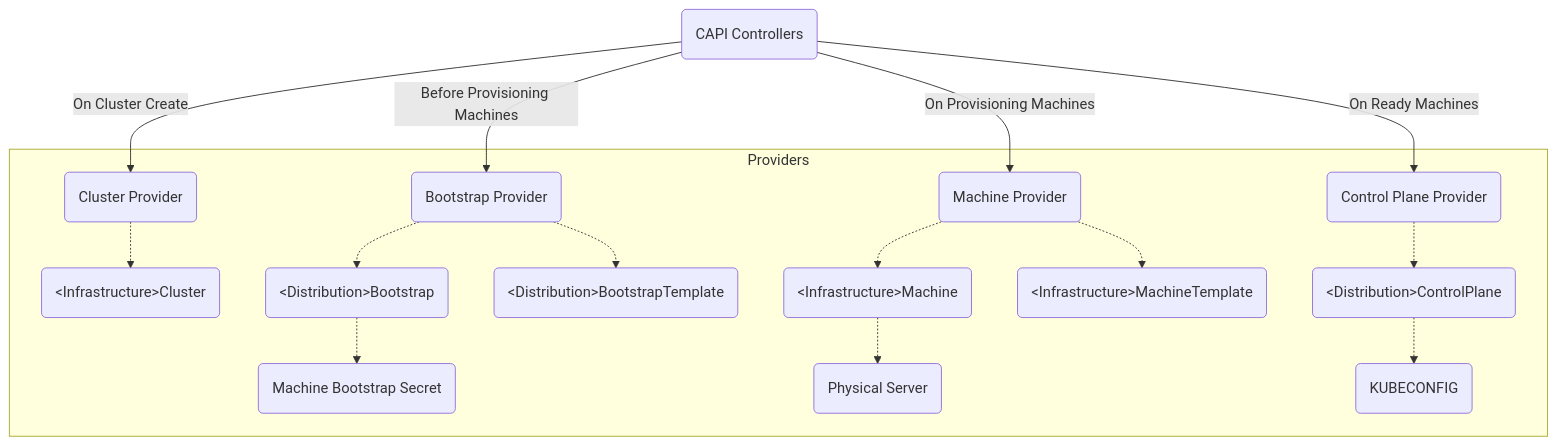
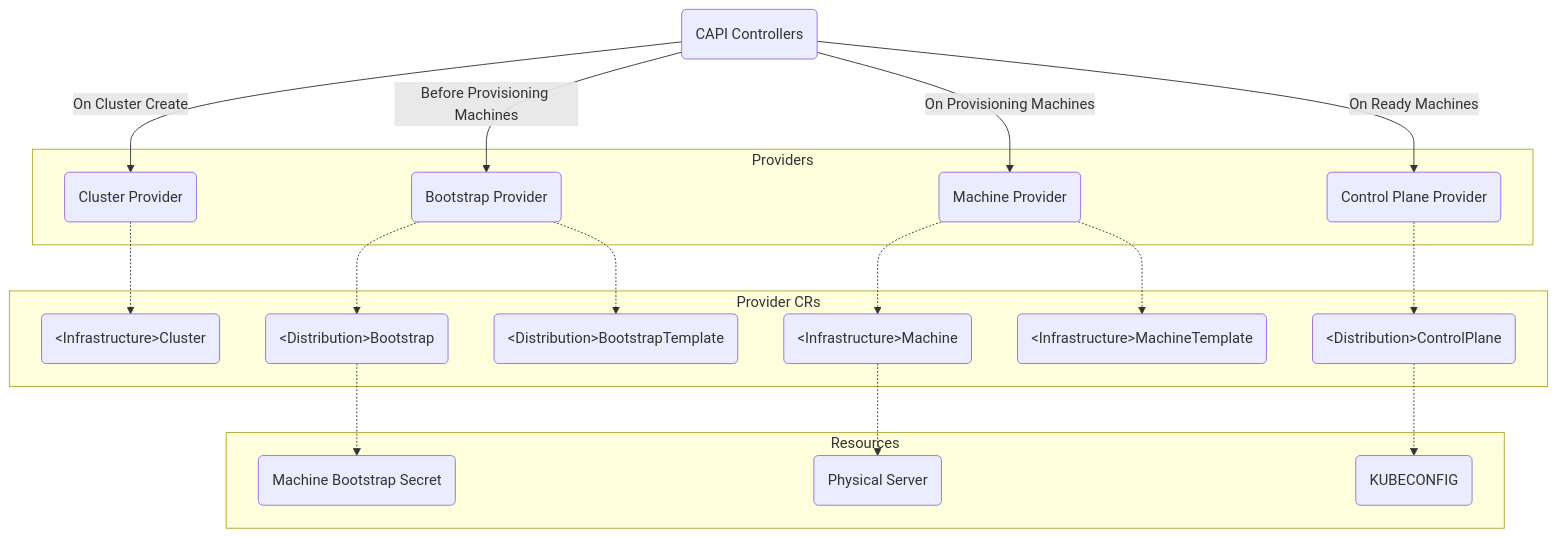
The second of 2 diagrams in docs/provisioning/00_capi.md (aiyengar2/k8s-docs), drawn with Mermaid before and after one commit.

````diff
--- a/docs/provisioning/00_capi.md
+++ b/docs/provisioning/00_capi.md
@@ -77,36 +77,40 @@
 ```mermaid
 graph TD
     CAPIControllers("CAPI Controllers")
     subgraph Providers
     ClusterProvider("Cluster Provider")
     BootstrapProvider("Bootstrap Provider")
     MachineProvider("Machine Provider")
     ControlPlaneProvider("Control Plane Provider")
+    end
 
+    subgraph Provider CRs
     InfrastructureCluster("&ltInfrastructure&gtCluster")
     DistributionBootstrap("&ltDistribution&gtBootstrap")
     DistributionBootstrapTemplate("&ltDistribution&gtBootstrapTemplate")
     InfrastructureMachine("&ltInfrastructure&gtMachine")
     InfrastructureMachineTemplate("&ltInfrastructure&gtMachineTemplate")
     DistributionControlPlane("&ltDistribution&gtControlPlane")
-
+    end
+    
+    subgraph Resources
     PhysicalServer("Physical Server")
     MachineBootstrapSecret("Machine Bootstrap Secret")
     KubeConfig("KUBECONFIG")
     end
 
     CAPIControllers--On Cluster Create-->ClusterProvider
     CAPIControllers--Before Provisioning Machines-->BootstrapProvider
     CAPIControllers--On Provisioning Machines-->MachineProvider
     CAPIControllers--On Ready Machines-->ControlPlaneProvider
     
     ClusterProvider-.->InfrastructureCluster
     BootstrapProvider-.->DistributionBootstrap
     BootstrapProvider-.->DistributionBootstrapTemplate
     DistributionBootstrap-.->MachineBootstrapSecret
     MachineProvider-.->InfrastructureMachine
     InfrastructureMachine-.->PhysicalServer
     MachineProvider-.->InfrastructureMachineTemplate
     ControlPlaneProvider-.->DistributionControlPlane
     DistributionControlPlane-.->KubeConfig
 ```
````
